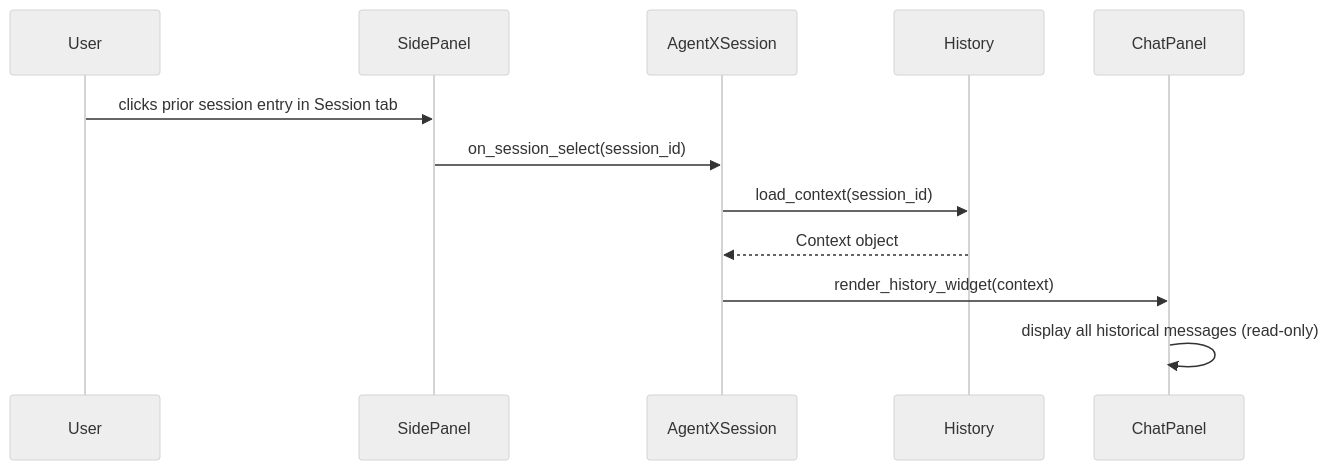
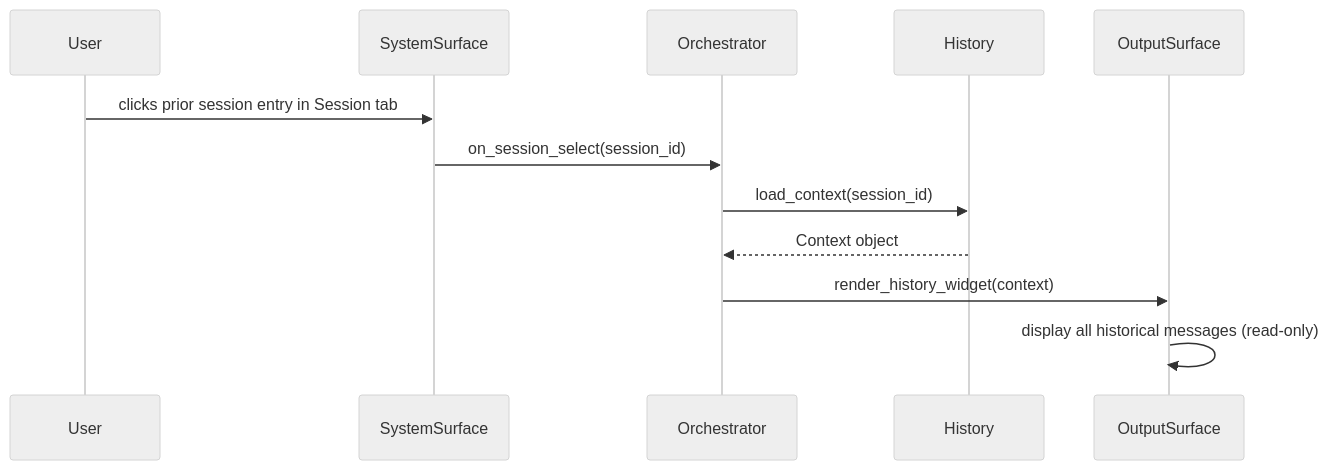
The eighth of 14 diagrams in docs/ux/02_USER_FLOWS.md (matthewapeters/agentX), drawn with Mermaid (neutral theme) before and after one commit. The commit also changed other lines of this file and 336 other files, not shown here.

````diff
--- a/docs/ux/02_USER_FLOWS.md
+++ b/docs/ux/02_USER_FLOWS.md
@@ -246,15 +252,15 @@
 ```mermaid
 sequenceDiagram
     participant User
-    participant SidePanel
-    participant Session as AgentXSession
+    participant SystemSurface
+    participant Session as Orchestrator
     participant History
-    participant Chat as ChatPanel
+    participant Chat as OutputSurface
 
-    User->>SidePanel: clicks prior session entry in Session tab
-    SidePanel->>Session: on_session_select(session_id)
+    User->>SystemSurface: clicks prior session entry in Session tab
+    SystemSurface->>Session: on_session_select(session_id)
     Session->>History: load_context(session_id)
     History-->>Session: Context object
     Session->>Chat: render_history_widget(context)
     Chat->>Chat: display all historical messages (read-only)
 ```
````
